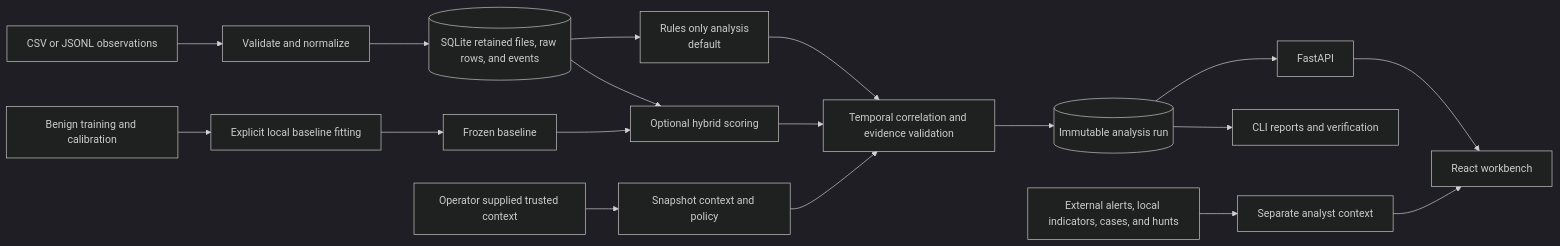
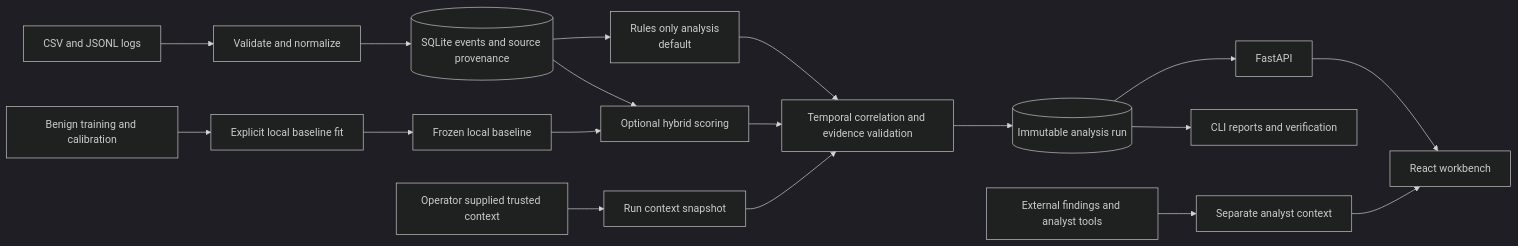
One commit to jebarson-caleb/hacknex-internal-mark-IV-302-PSI03 changed the diagram in README.md. Above: the diagram before and after it, drawn with Mermaid (dark theme). The commit also changed other lines of this file and 2 other files, not shown here.

````diff
--- a/README.md
+++ b/README.md
@@ -107,21 +19,20 @@
 ```mermaid
 flowchart LR
-    A[CSV or JSONL observations] --> B[Validate and normalize]
-    B --> C[(SQLite retained files, raw rows, and events)]
-    D[Operator supplied trusted context] --> E[Snapshot context and policy]
+    A[CSV and JSONL logs] --> B[Validate and normalize]
+    B --> C[(SQLite events and source provenance)]
+    D[Operator supplied trusted context] --> E[Run context snapshot]
     C --> F[Rules only analysis<br/>default]
-    T[Benign training and calibration] --> U[Explicit local baseline fitting]
-    U --> V[Frozen baseline]
+    T[Benign training and calibration] --> U[Explicit local baseline fit]
+    U --> V[Frozen local baseline]
     C --> G[Optional hybrid scoring]
     V --> G
     F --> H[Temporal correlation and evidence validation]
     G --> H
     E --> H
     H --> I[(Immutable analysis run)]
     I --> J[FastAPI]
     J --> K[React workbench]
     I --> L[CLI reports and verification]
-
-    X[External alerts, local indicators, cases, and hunts] --> Y[Separate analyst context]
+    X[External findings and analyst tools] --> Y[Separate analyst context]
     Y --> K
 ```
````
